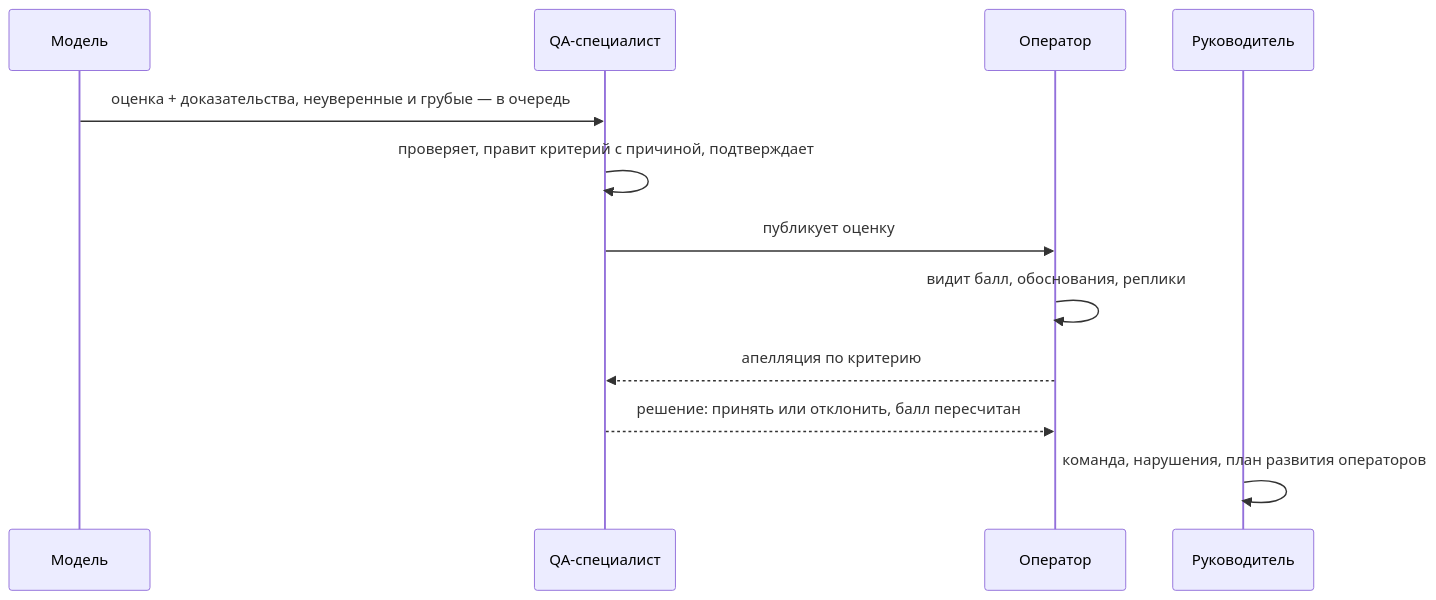
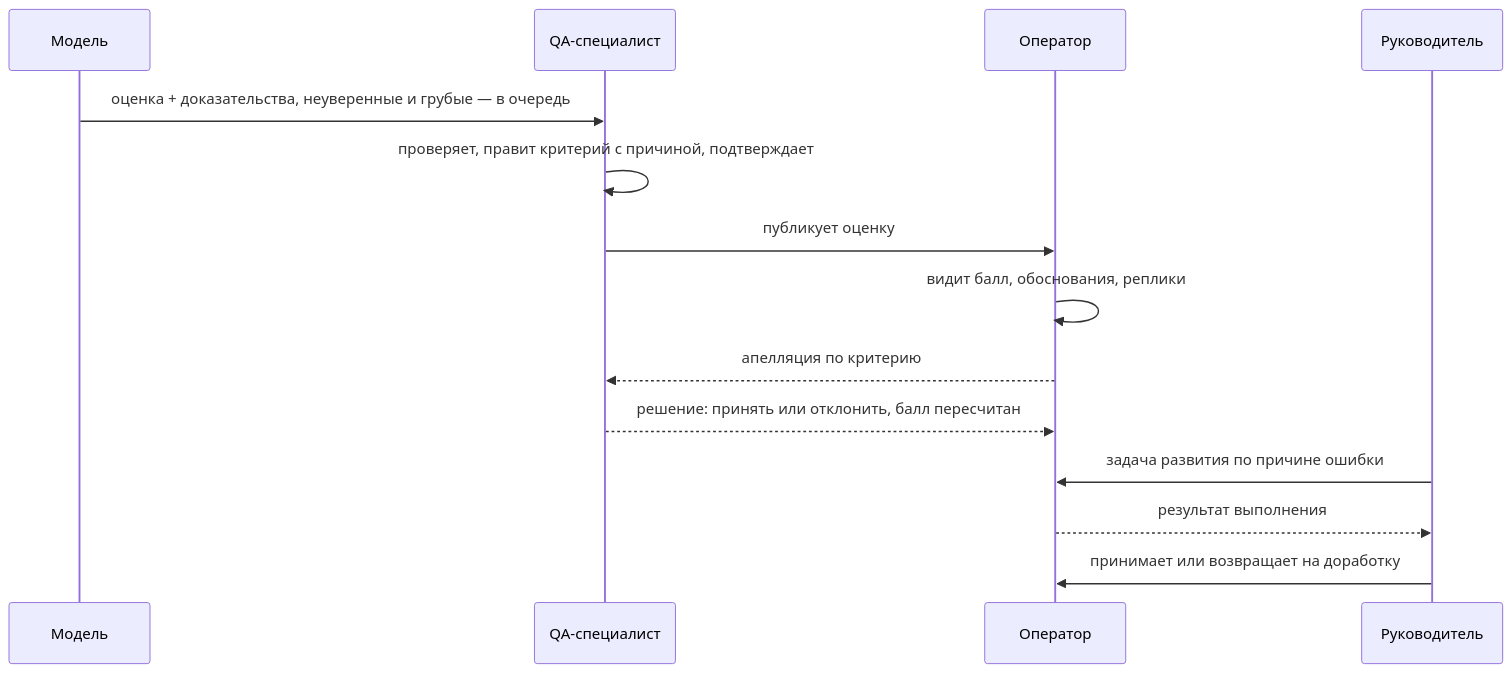
One commit to BDaaac/Data-Challenge changed the second of 2 diagrams in README.md. Above: the diagram before and after it, drawn with Mermaid. The commit also changed other lines of this file, not shown here.

Commit message:
docs: README — бейдж команды, задачи развития, Dynamics, тесты, сданные результаты

````diff
--- a/README.md
+++ b/README.md
@@ -124,14 +135,16 @@
 ```mermaid
 sequenceDiagram
     participant M as Модель
     participant QA as QA-специалист
     participant OP as Оператор
     participant L as Руководитель
     M->>QA: оценка + доказательства, неуверенные и грубые — в очередь
     QA->>QA: проверяет, правит критерий с причиной, подтверждает
     QA->>OP: публикует оценку
     OP->>OP: видит балл, обоснования, реплики
     OP-->>QA: апелляция по критерию
     QA-->>OP: решение: принять или отклонить, балл пересчитан
-    L->>L: команда, нарушения, план развития операторов
+    L->>OP: задача развития по причине ошибки
+    OP-->>L: результат выполнения
+    L->>OP: принимает или возвращает на доработку
 ```
````
